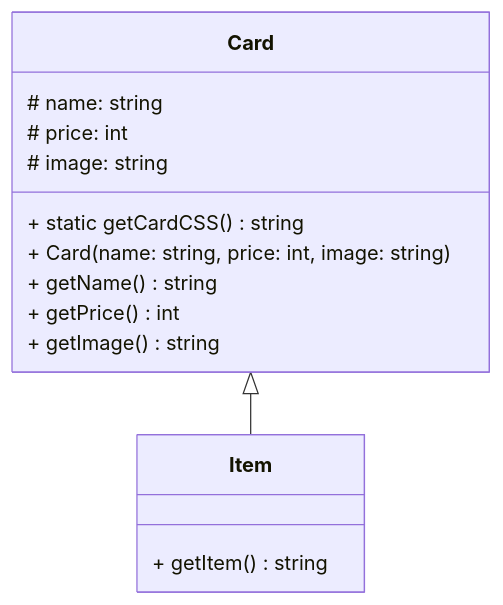
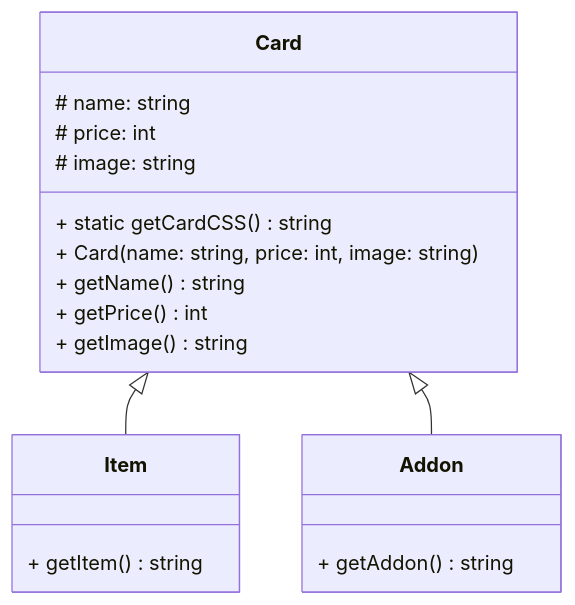
One commit to AlexandrAnatoliev/send-invoice changed the diagram in README.md. Above: the diagram before and after it, drawn with Mermaid. The commit also changed other lines of this file, not shown here.

Commit message:
fix(README): check by deepseek

````diff
--- a/README.md
+++ b/README.md
@@ -79,21 +79,26 @@
 ```mermaid
 classDiagram
   
   class Card {
     # name: string
     # price: int
     # image: string
     + static getCardCSS() string
     + Card(name: string, price: int, image: string)
     + getName() string
     + getPrice() int
     + getImage() string
   }
 
   class Item {
     + getItem() string
   }
 
+  class Addon {
+    + getAddon() string
+  }
+
   Card <|-- Item
+  Card <|-- Addon
 
 ```
````
